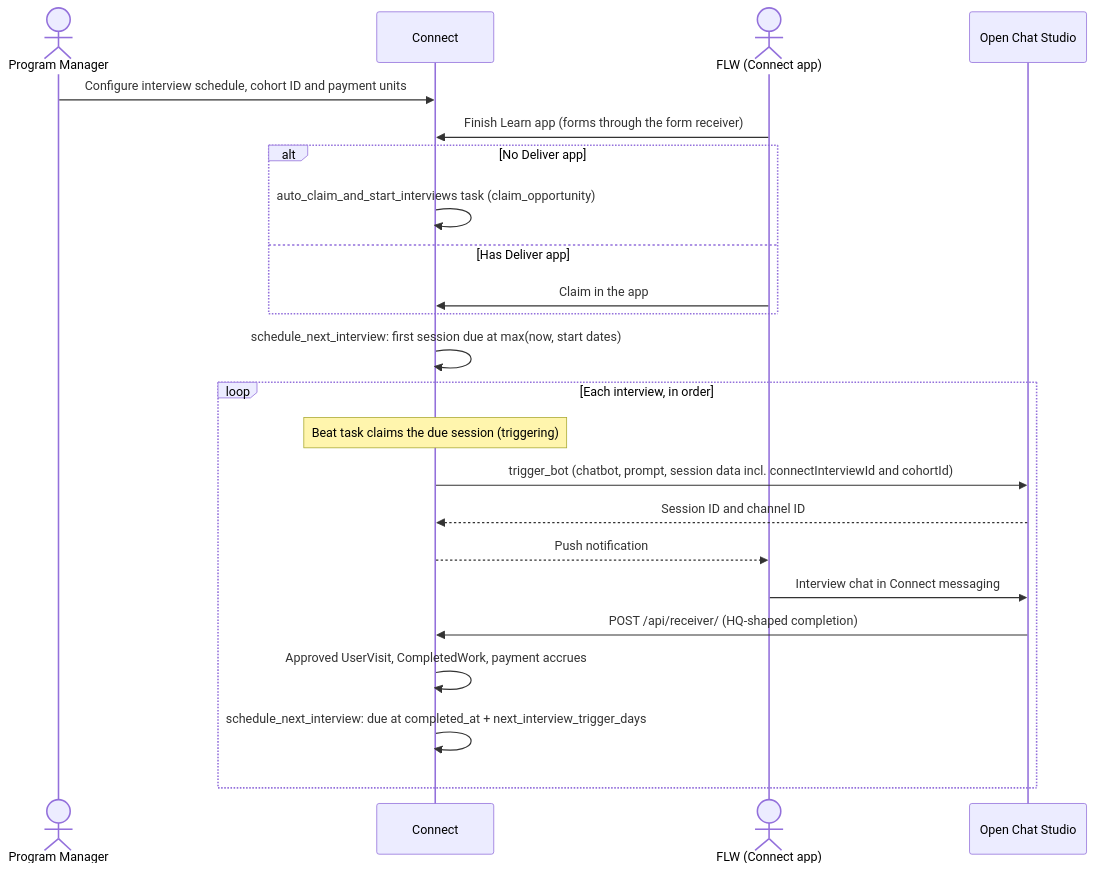
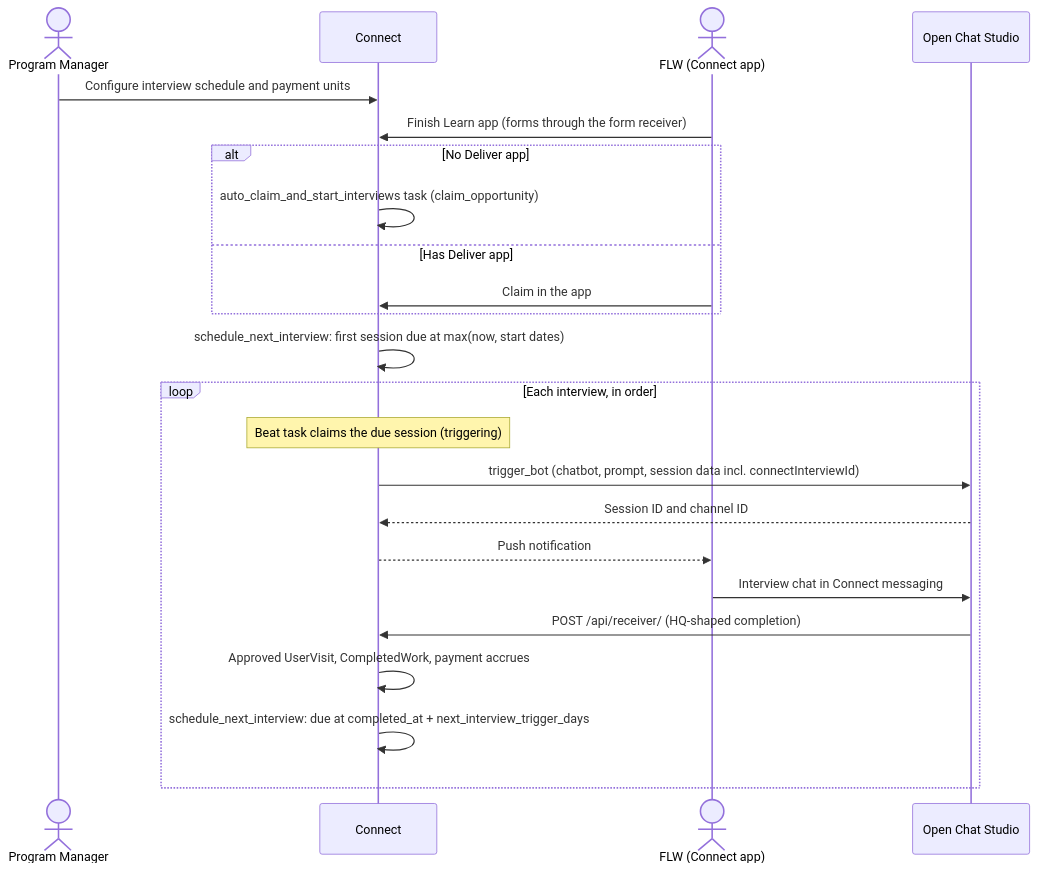
The diagram in outputs/CCCT-2861-spec-doc.md (dimagi/commcare-connect), drawn with Mermaid before and after one commit. The commit also changed other lines of this file, not shown here.

First line of the commit message:
Address spec review: drop cohort_id and analytics placeholder

````diff
--- a/outputs/CCCT-2861-spec-doc.md
+++ b/outputs/CCCT-2861-spec-doc.md
@@ -43,26 +43,26 @@
 ```mermaid
 sequenceDiagram
     actor PM as Program Manager
     participant C as Connect
     actor FLW as FLW (Connect app)
     participant OCS as Open Chat Studio
 
-    PM->>C: Configure interview schedule, cohort ID and payment units
+    PM->>C: Configure interview schedule and payment units
     FLW->>C: Finish Learn app (forms through the form receiver)
     alt No Deliver app
         C->>C: auto_claim_and_start_interviews task (claim_opportunity)
     else Has Deliver app
         FLW->>C: Claim in the app
     end
     C->>C: schedule_next_interview: first session due at max(now, start dates)
     loop Each interview, in order
         Note over C: Beat task claims the due session (triggering)
-        C->>OCS: trigger_bot (chatbot, prompt, session data incl. connectInterviewId and cohortId)
+        C->>OCS: trigger_bot (chatbot, prompt, session data incl. connectInterviewId)
         OCS-->>C: Session ID and channel ID
         C-->>FLW: Push notification
         FLW->>OCS: Interview chat in Connect messaging
         OCS->>C: POST /api/receiver/ (HQ-shaped completion)
         C->>C: Approved UserVisit, CompletedWork, payment accrues
         C->>C: schedule_next_interview: due at completed_at + next_interview_trigger_days
     end
 ```
````
